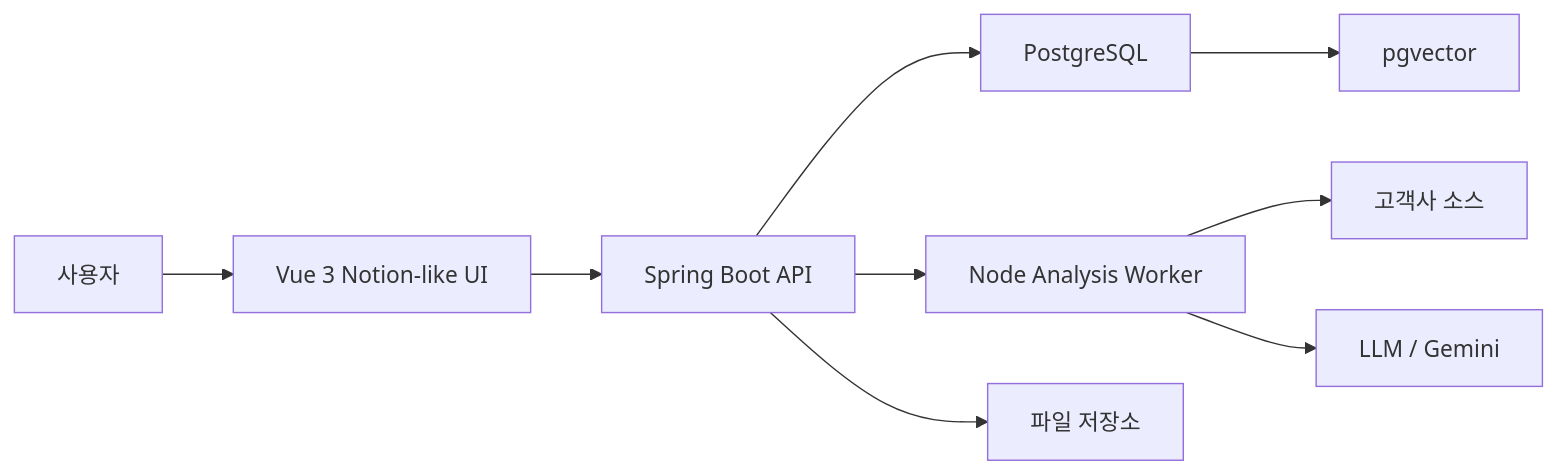
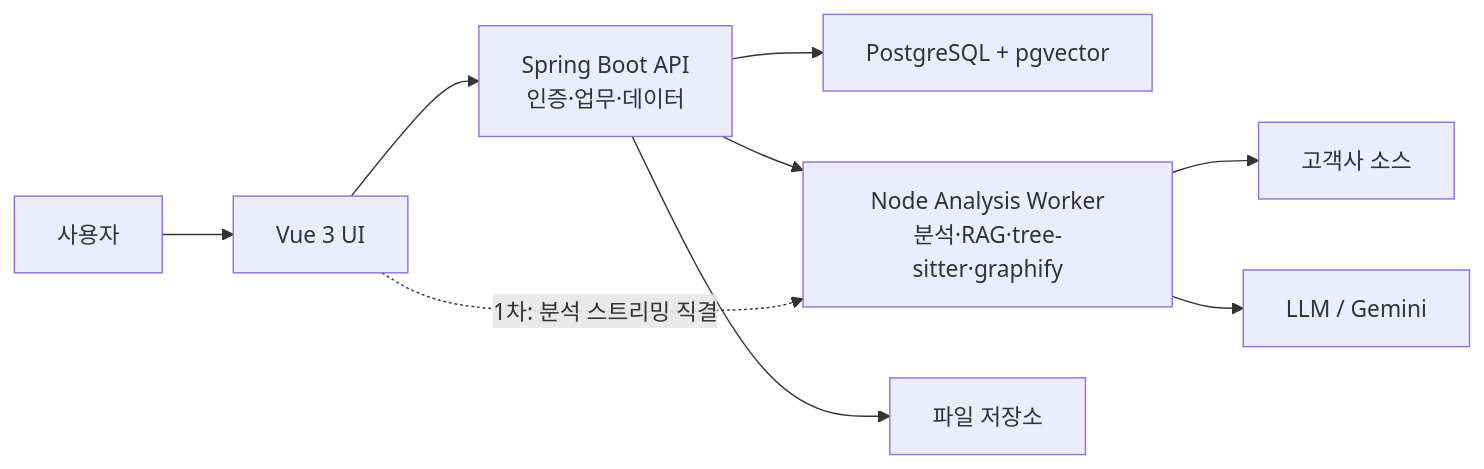
One commit to moon7733/ecams-ai-linux changed the diagram in docs/azbrain-migration/plan.md. Above: the diagram before and after it, drawn with Mermaid. The commit also changed other lines of this file and 10 other files, not shown here.

````diff
--- a/docs/azbrain-migration/plan.md
+++ b/docs/azbrain-migration/plan.md
@@ -31,11 +52,11 @@
 ```mermaid
 flowchart LR
-  U["사용자"] --> V["Vue 3 Notion-like UI"]
-  V --> S["Spring Boot API"]
-  S --> P["PostgreSQL"]
-  P --> G["pgvector"]
-  S --> W["Node Analysis Worker"]
+  U["사용자"] --> V["Vue 3 UI"]
+  V --> S["Spring Boot API<br/>인증·업무·데이터"]
+  S --> P["PostgreSQL + pgvector"]
+  S --> W["Node Analysis Worker<br/>분석·RAG·tree-sitter·graphify"]
   W --> R["고객사 소스"]
   W --> A["LLM / Gemini"]
   S --> F["파일 저장소"]
+  V -.->|"1차: 분석 스트리밍 직결"| W
 ```
````
